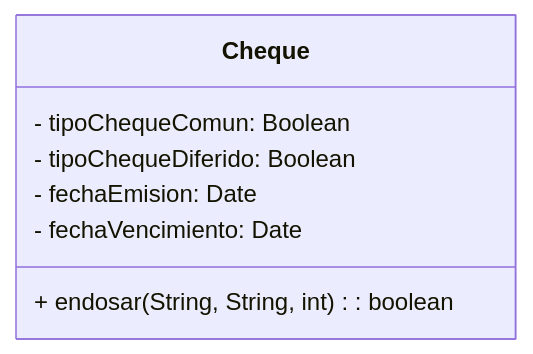
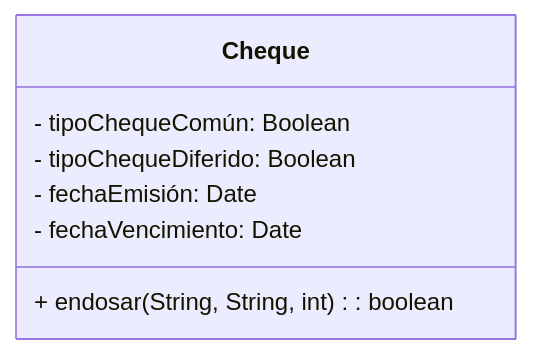
Before and after one commit to PaulaLucero2021/course_digitalhouse: the ninth of 20 diagrams in programacion_orientada_a_objetos/poo.md, drawn with Mermaid. The commit also changed other lines of this file and 23 other files, not shown here.

````diff
--- a/programacion_orientada_a_objetos/poo.md
+++ b/programacion_orientada_a_objetos/poo.md
@@ -1448,10 +1590,10 @@
 ```mermaid
 classDiagram
 class Cheque {
-    - tipoChequeComun: Boolean
+    - tipoChequeComún: Boolean
     - tipoChequeDiferido: Boolean
-    - fechaEmision: Date
+    - fechaEmisión: Date
     - fechaVencimiento: Date
     + endosar(String, String, int): boolean
 }
 ```
````
